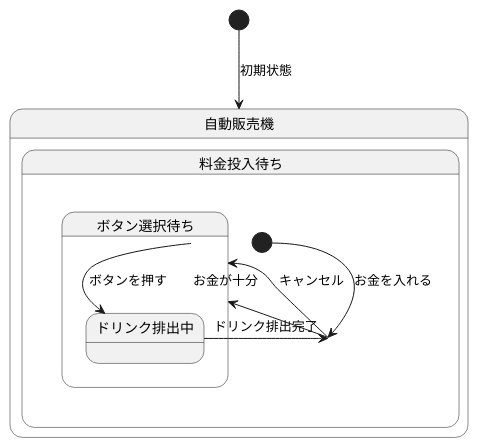
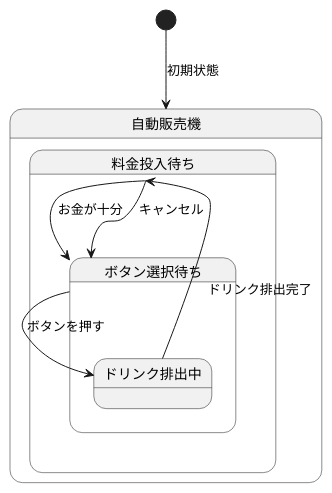
The diagram in 演習6-4-5_ステートマシン図_自動販売機.pu (igarashi0422/uml-intro), drawn with PlantUML before and after one commit.

Commit message:
変更

```diff
--- a/演習6-4-5_ステートマシン図_自動販売機.pu
+++ b/演習6-4-5_ステートマシン図_自動販売機.pu
@@ -1,18 +1,17 @@
 @startuml 6-4
 [*] --> 自動販売機 : 初期状態
 
 state 自動販売機 {
   state 料金投入待ち {
-    [*] --> 料金投入待ち : お金を入れる
     料金投入待ち --> ボタン選択待ち : お金が十分
     料金投入待ち --> ボタン選択待ち : キャンセル
   }
   state ボタン選択待ち {
     ボタン選択待ち --> ドリンク排出中 : ボタンを押す
   }
   state ドリンク排出中 {
     ドリンク排出中 --> 料金投入待ち : ドリンク排出完了
   }
 }
 
 @enduml
```
